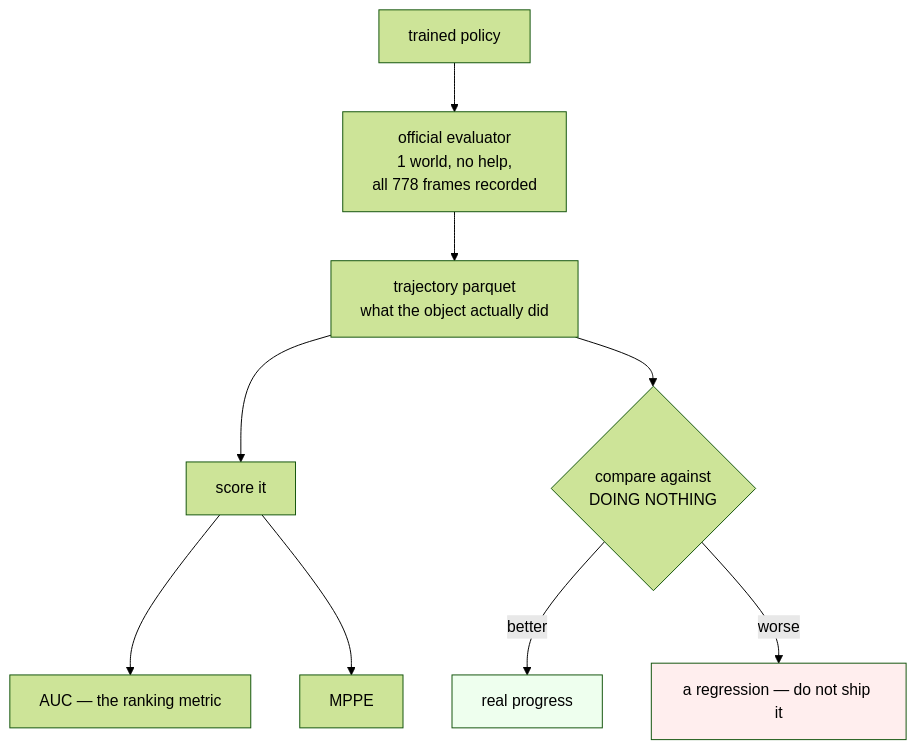
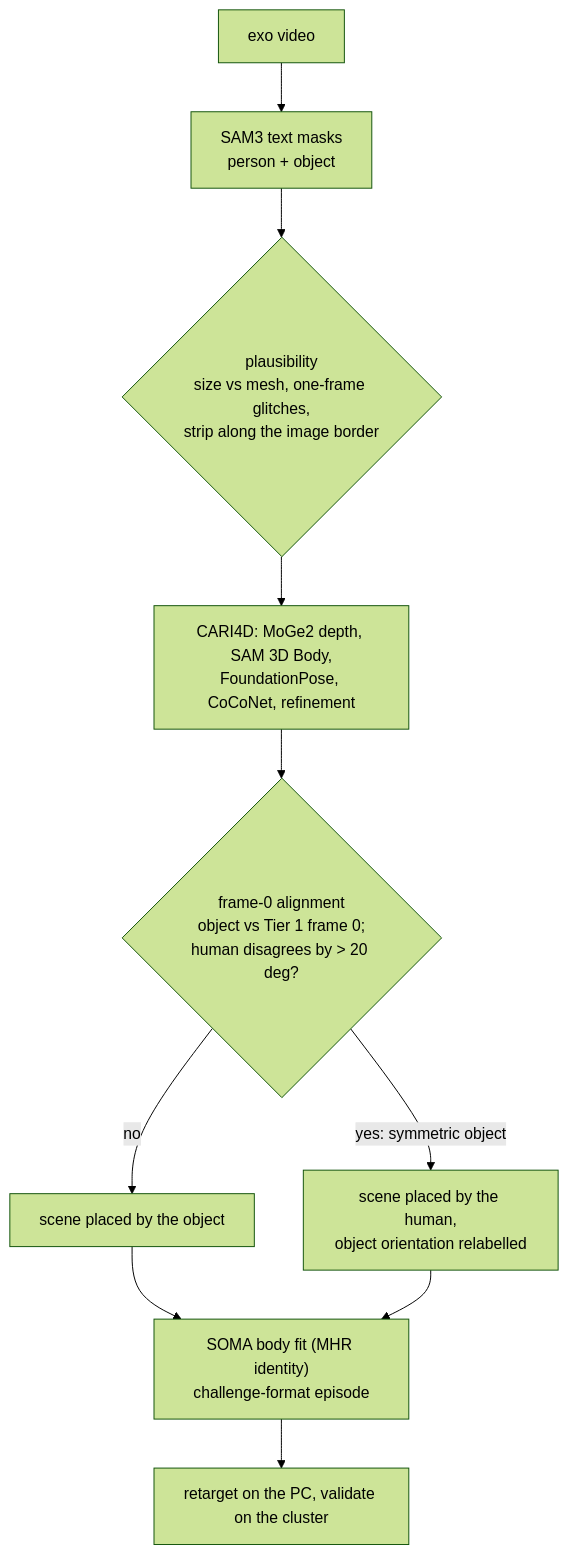
Before and after one commit to ibrahim-1811/v2d-track2-robotic-grounding: the fifth of 6 diagrams in docs/architecture/ARCHITECTURE.md, drawn with Mermaid (forest theme). The commit also changed other lines of this file and 53 other files, not shown here.

First line of the commit message:
Clean repo: one README with every command, current architecture and code map

````diff
--- a/docs/architecture/ARCHITECTURE.md
+++ b/docs/architecture/ARCHITECTURE.md
@@ -209,13 +170,12 @@
 ```mermaid
 flowchart TD
-    P["trained policy"] --> E["official evaluator<br/>1 world, no help,<br/>all 778 frames recorded"]
-    E --> T["trajectory parquet<br/>what the object actually did"]
-    T --> S["score it"]
-    S --> AUC["AUC — the ranking metric"]
-    S --> MPPE["MPPE"]
-    T --> F{"compare against<br/>DOING NOTHING"}
-    F -->|"better"| G["real progress"]
-    F -->|"worse"| B["a regression — do not ship it"]
-    style B fill:#fee
-    style G fill:#efe
+    V["exo video"] --> S["SAM3 text masks<br/>person + object"]
+    S --> G{"plausibility<br/>size vs mesh, one-frame glitches,<br/>strip along the image border"}
+    G --> C["CARI4D: MoGe2 depth, SAM 3D Body,<br/>FoundationPose, CoCoNet, refinement"]
+    C --> A{"frame-0 alignment<br/>object vs Tier 1 frame 0;<br/>human disagrees by > 20 deg?"}
+    A -->|"no"| O["scene placed by the object"]
+    A -->|"yes: symmetric object"| H["scene placed by the human,<br/>object orientation relabelled"]
+    O --> F["SOMA body fit (MHR identity)<br/>challenge-format episode"]
+    H --> F
+    F --> RT["retarget on the PC, validate on the cluster"]
 ```
````
